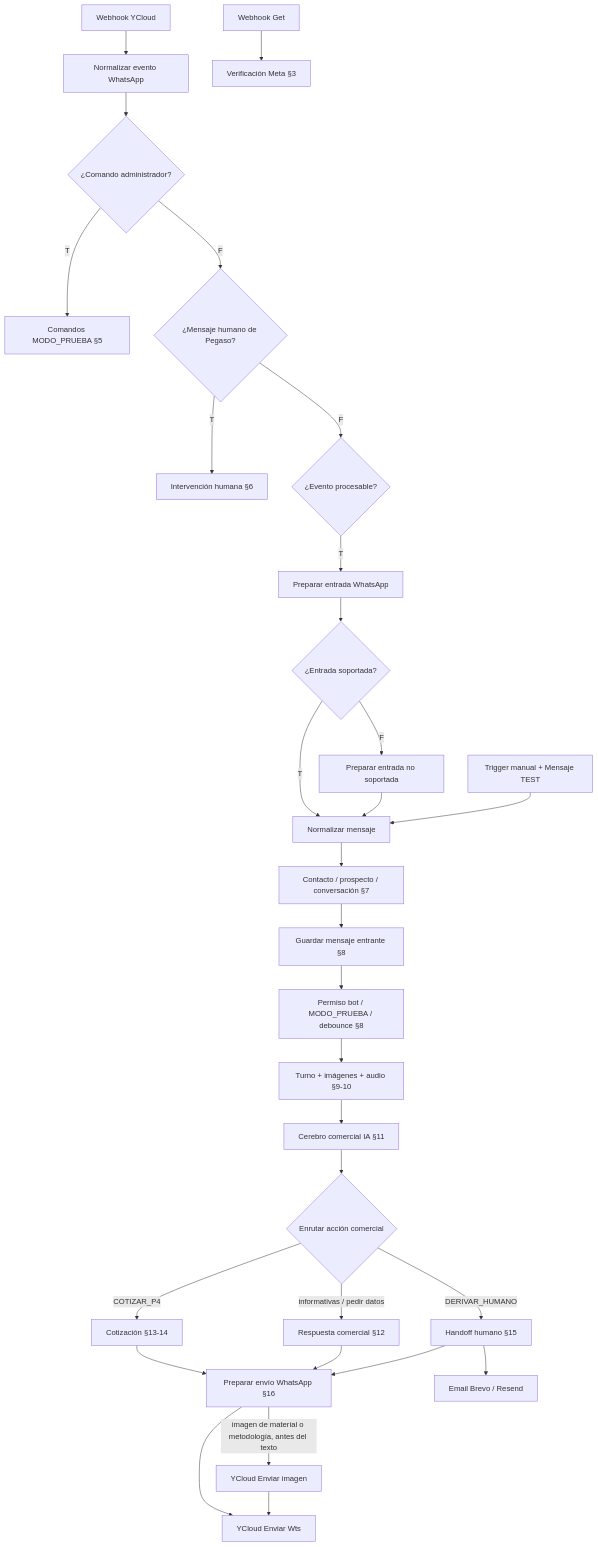
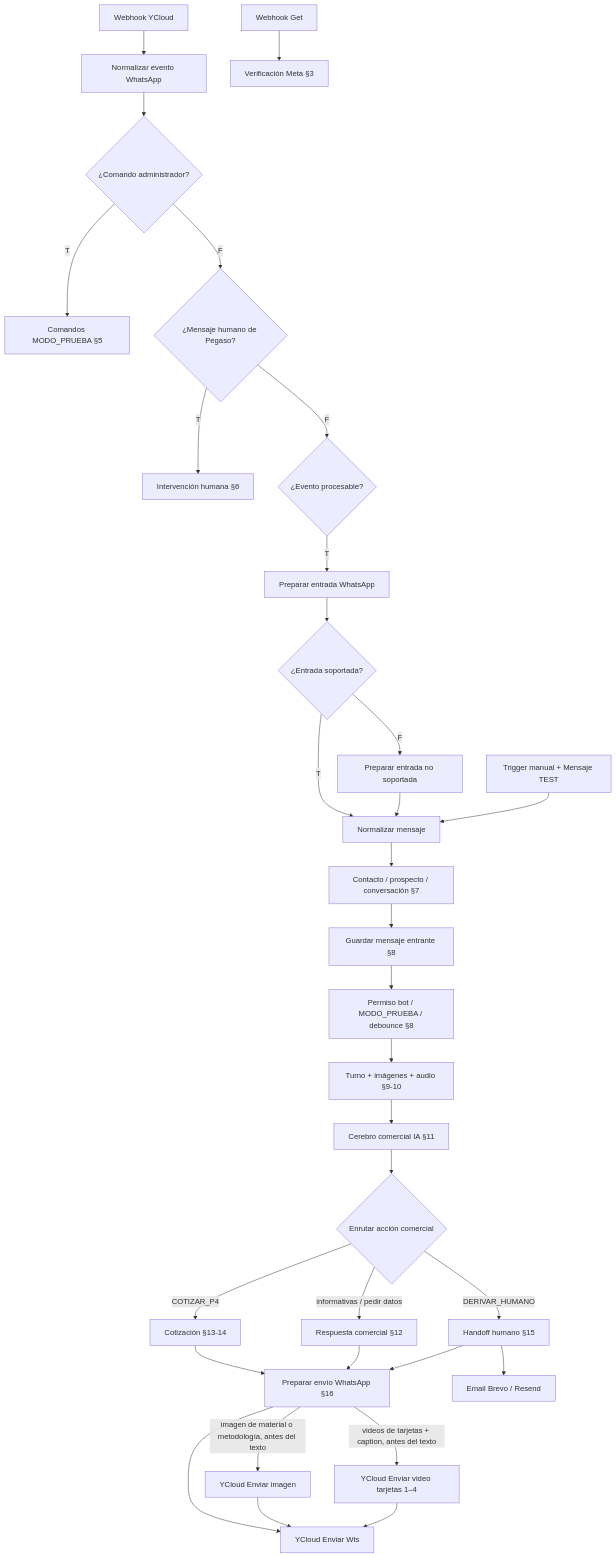
One commit to Theborycuas/pegaso-n8n changed the first of 15 diagrams in docs/FLUJO-WORKFLOW-PEGASO.md. Above: the diagram before and after it, drawn with Mermaid. The commit also changed other lines of this file and 14 other files, not shown here.

````diff
--- a/docs/FLUJO-WORKFLOW-PEGASO.md
+++ b/docs/FLUJO-WORKFLOW-PEGASO.md
@@ -50,30 +50,31 @@
 ```mermaid
 flowchart TD
     YC[Webhook YCloud] --> NEV[Normalizar evento WhatsApp]
     NEV --> CMD{¿Comando administrador?}
     CMD -->|T| ADM[Comandos MODO_PRUEBA §5]
     CMD -->|F| HUM{¿Mensaje humano de Pegaso?}
     HUM -->|T| INT[Intervención humana §6]
     HUM -->|F| PROC{¿Evento procesable?}
     PROC -->|T| ENT[Preparar entrada WhatsApp]
     ENT --> SOP{¿Entrada soportada?}
     SOP -->|T| NM[Normalizar mensaje]
     SOP -->|F| NS[Preparar entrada no soportada] --> NM
     TEST[Trigger manual + Mensaje TEST] --> NM
     NM --> CPC[Contacto / prospecto / conversación §7]
     CPC --> GME[Guardar mensaje entrante §8]
     GME --> PERM[Permiso bot / MODO_PRUEBA / debounce §8]
     PERM --> TURNO[Turno + imágenes + audio §9-10]
     TURNO --> CER[Cerebro comercial IA §11]
     CER --> SW{Enrutar acción comercial}
     SW -->|COTIZAR_P4| COT[Cotización §13-14]
     SW -->|informativas / pedir datos| RESP[Respuesta comercial §12]
     SW -->|DERIVAR_HUMANO| HO[Handoff humano §15]
     COT --> OUT[Preparar envío WhatsApp §16]
     RESP --> OUT
     HO --> OUT
     HO --> MAIL[Email Brevo / Resend]
     OUT --> YCS[YCloud Enviar Wts]
     OUT -->|imagen de material o metodología, antes del texto| YCI[YCloud Enviar imagen] --> YCS
+    OUT -->|videos de tarjetas + caption, antes del texto| YCV[YCloud Enviar video tarjetas 1–4] --> YCS
     MG[Webhook Get] --> VM[Verificación Meta §3]
 ```
````
